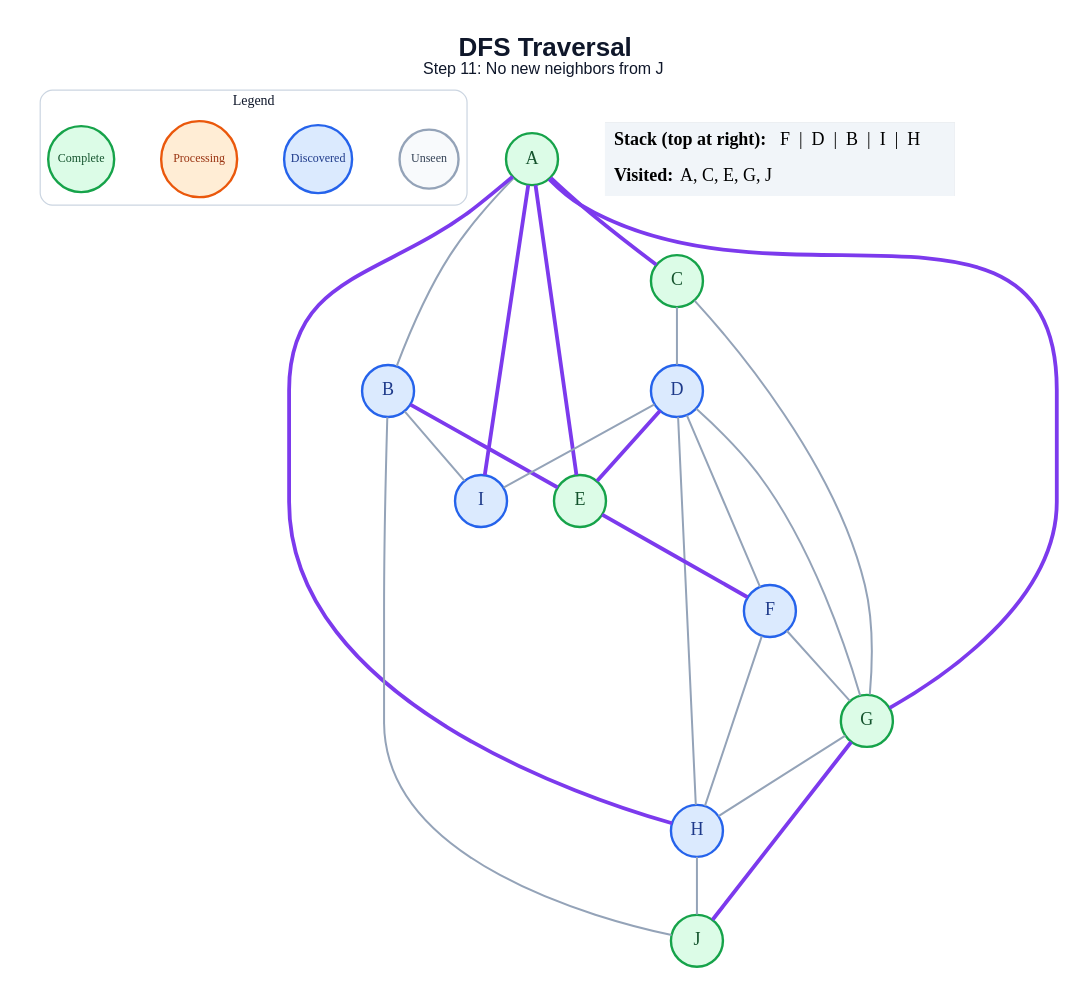
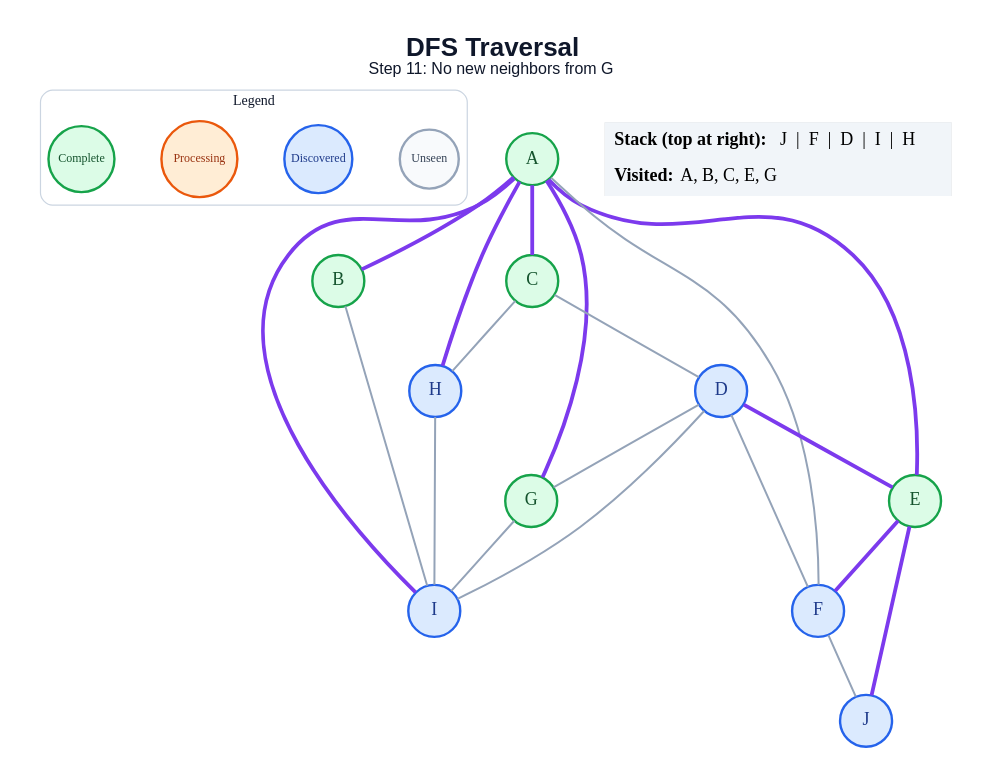
The diagram in generated/specific-node/dfs/step_11.dot (amanghodawala9/ai-slop), drawn with Graphviz before and after one commit. The commit also changed 178 other files, not shown here.

```diff
--- a/generated/specific-node/dfs/step_11.dot
+++ b/generated/specific-node/dfs/step_11.dot
@@ -1,51 +1,48 @@
 graph traversal {
   graph [layout=dot, rankdir=TB, bgcolor="#FFFFFF", pad="0.35", nodesep="0.65", ranksep="0.8", fontname="Arial"];
   node [shape=circle, style="filled", fontname="Arial Bold", fontsize=18, width=0.72, fixedsize=true, penwidth=2.4];
   edge [color="#94A3B8", penwidth=2.0];
-  label=<<B>DFS Traversal</B><BR/><FONT POINT-SIZE="16">Step 11: No new neighbors from J</FONT>>; labelloc="t"; fontsize=26; fontname="Arial"; fontcolor="#0F172A";
+  label=<<B>DFS Traversal</B><BR/><FONT POINT-SIZE="16">Step 11: No new neighbors from G</FONT>>; labelloc="t"; fontsize=26; fontname="Arial"; fontcolor="#0F172A";
   subgraph cluster_legend { label="Legend"; color="#CBD5E1"; penwidth=1.2; style="rounded"; fontsize=14; fontname="Arial Bold";
     key_unseen [label="Unseen", fillcolor="#F8FAFC", color="#94A3B8", fontcolor="#334155", fontsize=12, width=0.82];
     key_frontier [label="Discovered", fillcolor="#DBEAFE", color="#2563EB", fontcolor="#1E3A8A", fontsize=12, width=0.95];
     key_current [label="Processing", fillcolor="#FFEDD5", color="#EA580C", fontcolor="#9A3412", fontsize=12, width=1.05];
     key_done [label="Complete", fillcolor="#DCFCE7", color="#16A34A", fontcolor="#14532D", fontsize=12, width=0.92];
     { rank=same; key_unseen; key_frontier; key_current; key_done; }
   }
   A [fillcolor="#DCFCE7", color="#16A34A", fontcolor="#14532D"];
-  B [fillcolor="#DBEAFE", color="#2563EB", fontcolor="#1E3A8A"];
+  B [fillcolor="#DCFCE7", color="#16A34A", fontcolor="#14532D"];
   C [fillcolor="#DCFCE7", color="#16A34A", fontcolor="#14532D"];
   D [fillcolor="#DBEAFE", color="#2563EB", fontcolor="#1E3A8A"];
   E [fillcolor="#DCFCE7", color="#16A34A", fontcolor="#14532D"];
   F [fillcolor="#DBEAFE", color="#2563EB", fontcolor="#1E3A8A"];
   G [fillcolor="#DCFCE7", color="#16A34A", fontcolor="#14532D"];
   H [fillcolor="#DBEAFE", color="#2563EB", fontcolor="#1E3A8A"];
   I [fillcolor="#DBEAFE", color="#2563EB", fontcolor="#1E3A8A"];
-  J [fillcolor="#DCFCE7", color="#16A34A", fontcolor="#14532D"];
-  A -- B;
+  J [fillcolor="#DBEAFE", color="#2563EB", fontcolor="#1E3A8A"];
+  A -- B [color="#7C3AED", penwidth=3.8];
   A -- C [color="#7C3AED", penwidth=3.8];
   A -- E [color="#7C3AED", penwidth=3.8];
+  A -- F;
   A -- G [color="#7C3AED", penwidth=3.8];
   A -- H [color="#7C3AED", penwidth=3.8];
   A -- I [color="#7C3AED", penwidth=3.8];
-  B -- E [color="#7C3AED", penwidth=3.8];
   B -- I;
-  B -- J;
   C -- D;
-  C -- G;
+  C -- H;
   D -- E [color="#7C3AED", penwidth=3.8];
   D -- F;
   D -- G;
-  D -- H;
   D -- I;
   E -- F [color="#7C3AED", penwidth=3.8];
-  F -- G;
-  F -- H;
-  G -- H;
-  G -- J [color="#7C3AED", penwidth=3.8];
-  H -- J;
+  E -- J [color="#7C3AED", penwidth=3.8];
+  F -- J;
+  G -- I;
+  H -- I;
   status [shape=plain, fixedsize=false, width=0, height=0, margin=0, label=<
     <TABLE BORDER="0" CELLBORDER="0" CELLPADDING="7" BGCOLOR="#F1F5F9">
-      <TR><TD ALIGN="LEFT"><B>Stack (top at right):</B> F  |  D  |  B  |  I  |  H</TD></TR>
-      <TR><TD ALIGN="LEFT"><B>Visited:</B> A, C, E, G, J</TD></TR>
+      <TR><TD ALIGN="LEFT"><B>Stack (top at right):</B> J  |  F  |  D  |  I  |  H</TD></TR>
+      <TR><TD ALIGN="LEFT"><B>Visited:</B> A, B, C, E, G</TD></TR>
     </TABLE>
   >];
 }
```
